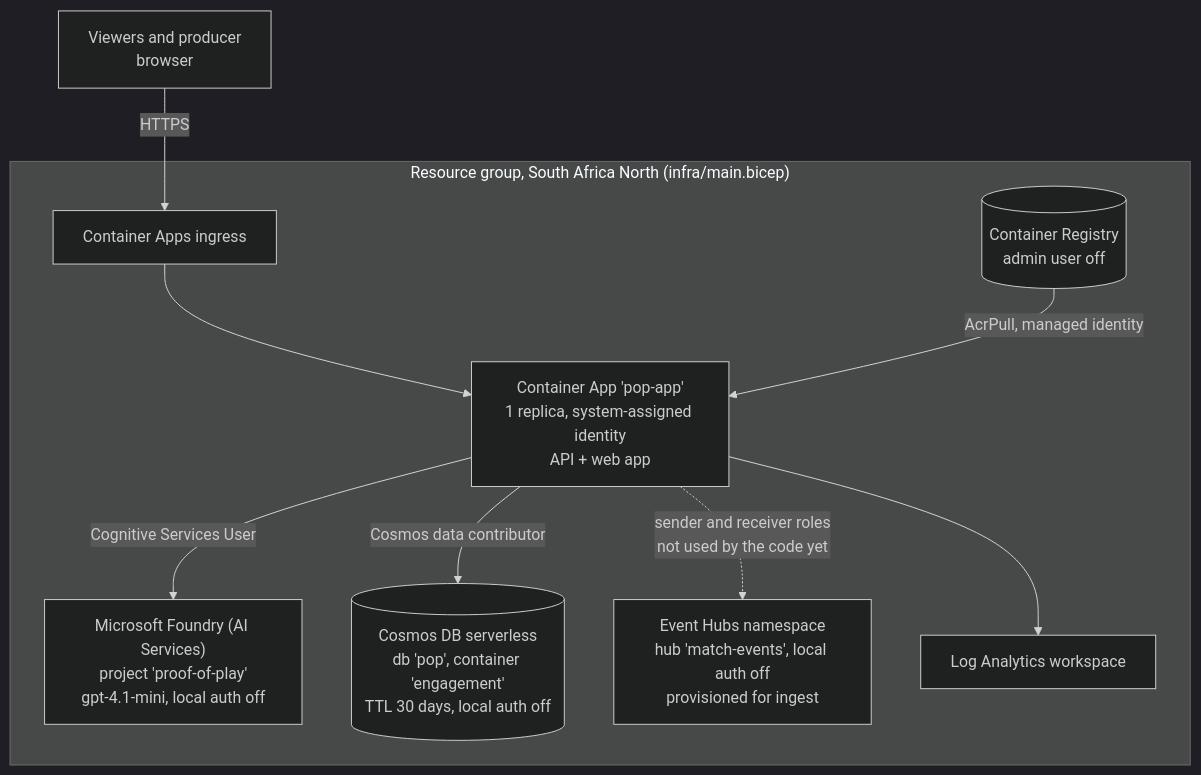
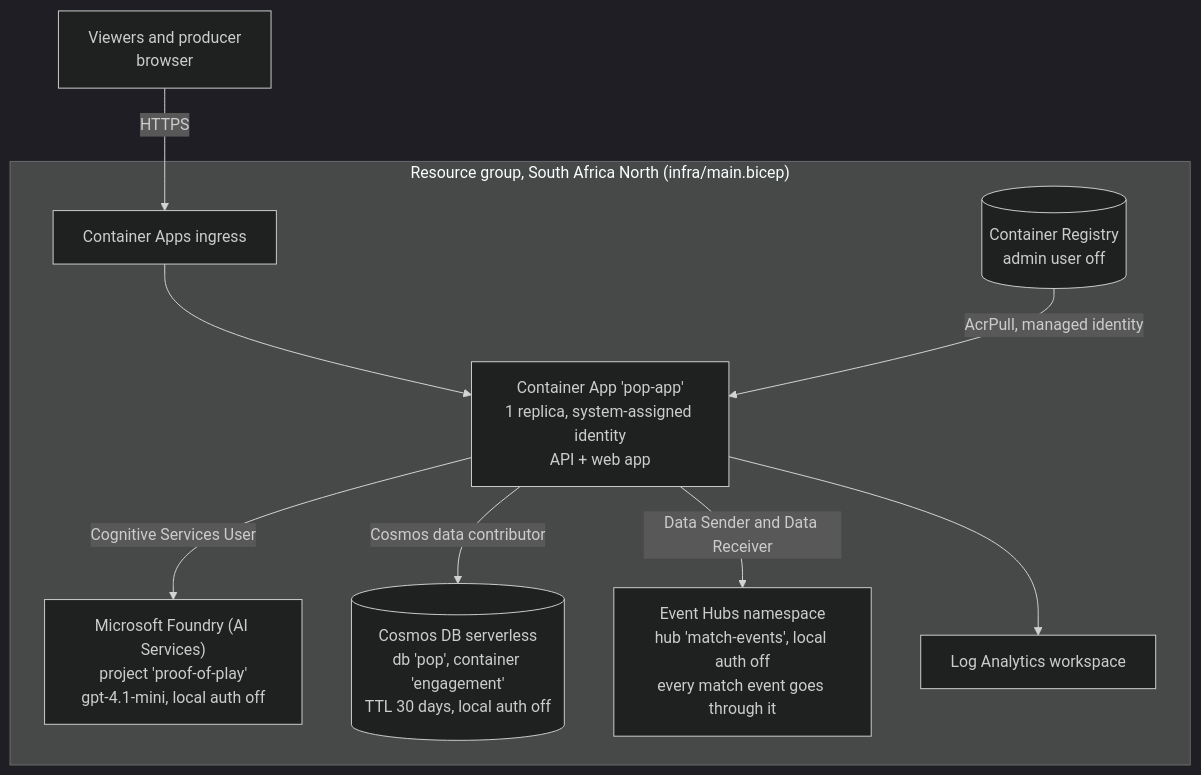
One commit to Pot05Labs/proof-of-play changed the third of 3 diagrams in docs/ARCHITECTURE.md. Above: the diagram before and after it, drawn with Mermaid (dark theme). The commit also changed other lines of this file and 2 other files, not shown here.

First line of the commit message:
Path to production for enterprise readers; architecture diagrams match the code (Event Hubs ingest, six-step agent workflow); sharper video hook

````diff
--- a/docs/ARCHITECTURE.md
+++ b/docs/ARCHITECTURE.md
@@ -30,12 +49,12 @@
 ```mermaid
 flowchart TB
     U["Viewers and producer<br/>browser"] -->|HTTPS| ING["Container Apps ingress"]
     subgraph RG["Resource group, South Africa North (infra/main.bicep)"]
         ING --> APP["Container App 'pop-app'<br/>1 replica, system-assigned identity<br/>API + web app"]
         ACR[("Container Registry<br/>admin user off")] -->|"AcrPull, managed identity"| APP
         APP -->|"Cognitive Services User"| FDY["Microsoft Foundry (AI Services)<br/>project 'proof-of-play'<br/>gpt-4.1-mini, local auth off"]
         APP -->|"Cosmos data contributor"| COS[("Cosmos DB serverless<br/>db 'pop', container 'engagement'<br/>TTL 30 days, local auth off")]
-        APP -.->|"sender and receiver roles<br/>not used by the code yet"| EH["Event Hubs namespace<br/>hub 'match-events', local auth off<br/>provisioned for ingest"]
+        APP -->|"Data Sender and Data Receiver"| EH["Event Hubs namespace<br/>hub 'match-events', local auth off<br/>every match event goes through it"]
         APP --> LA["Log Analytics workspace"]
     end
 ```
````
